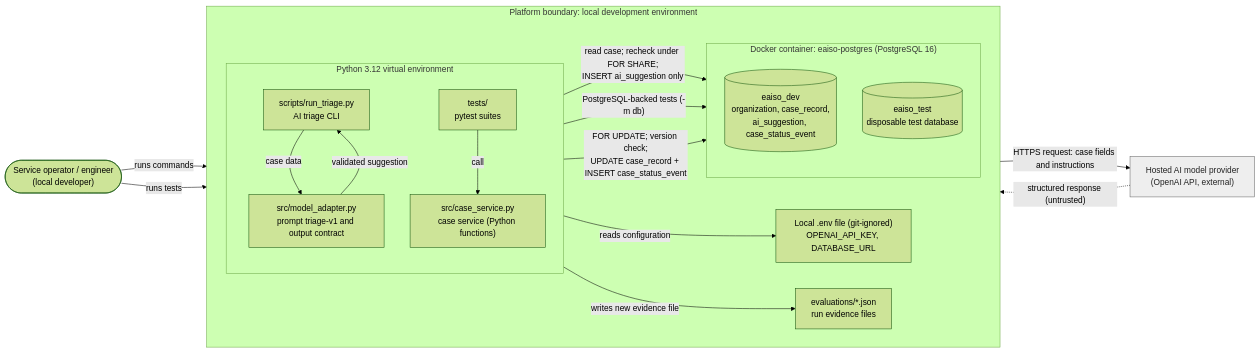
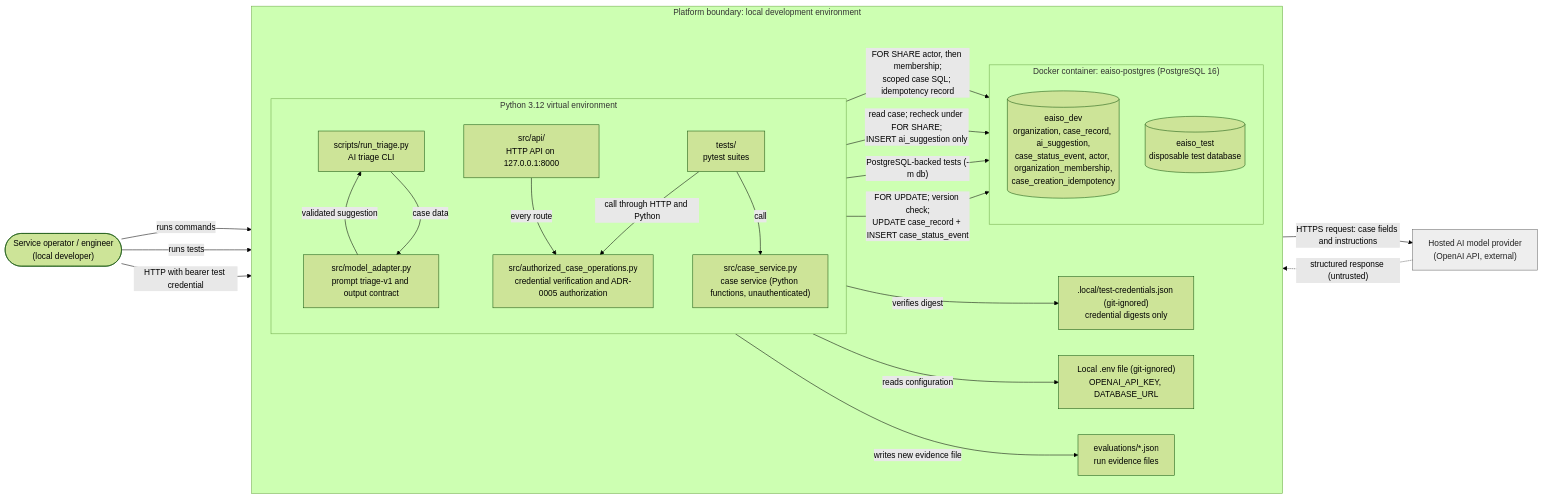
The second of 2 diagrams in docs/system-context.md (asadhanif3188/Enterprise-AI-Service-Operations), drawn with Mermaid (forest theme) before and after one commit. The commit also changed other lines of this file and 12 other files, not shown here.

Commit message:
docs: reconcile implementation status after keyed creation

````diff
--- a/docs/system-context.md
+++ b/docs/system-context.md
@@ -50,43 +52,51 @@
 ```mermaid
 flowchart LR
     operator(["Service operator / engineer<br/>(local developer)"])
 
     subgraph platform["Platform boundary: local development environment"]
         direction LR
 
         subgraph python["Python 3.12 virtual environment"]
             direction TB
             cli["scripts/run_triage.py<br/>AI triage CLI"]
             adapter["src/model_adapter.py<br/>prompt triage-v1 and output contract"]
-            service["src/case_service.py<br/>case service (Python functions)"]
+            api["src/api/<br/>HTTP API on 127.0.0.1:8000"]
+            authz["src/authorized_case_operations.py<br/>credential verification and ADR-0005 authorization"]
+            service["src/case_service.py<br/>case service (Python functions, unauthenticated)"]
             tests["tests/<br/>pytest suites"]
         end
 
         subgraph container["Docker container: eaiso-postgres (PostgreSQL 16)"]
             direction TB
-            devdb[("eaiso_dev<br/>organization, case_record,<br/>ai_suggestion, case_status_event")]
+            devdb[("eaiso_dev<br/>organization, case_record, ai_suggestion,<br/>case_status_event, actor, organization_membership,<br/>case_creation_idempotency")]
             testdb[("eaiso_test<br/>disposable test database")]
         end
 
         envfile["Local .env file (git-ignored)<br/>OPENAI_API_KEY, DATABASE_URL"]
+        credstore[".local/test-credentials.json (git-ignored)<br/>credential digests only"]
         evidence["evaluations/*.json<br/>run evidence files"]
     end
 
     provider["Hosted AI model provider<br/>(OpenAI API, external)"]
 
     operator -->|"runs commands"| cli
     operator -->|"runs tests"| tests
+    operator -->|"HTTP with bearer test credential"| api
+    api -->|"every route"| authz
+    authz -->|"verifies digest"| credstore
+    authz -->|"FOR SHARE actor, then membership;<br/>scoped case SQL; idempotency record"| devdb
     cli -->|"reads configuration"| envfile
     cli -->|"case data"| adapter
     adapter -->|"HTTPS request: case fields and instructions"| provider
     provider -.->|"structured response (untrusted)"| adapter
     adapter -->|"validated suggestion"| cli
     cli -->|"read case; recheck under FOR SHARE;<br/>INSERT ai_suggestion only"| devdb
     cli -->|"writes new evidence file"| evidence
     tests -->|"call"| service
+    tests -->|"call through HTTP and Python"| authz
     tests -->|"PostgreSQL-backed tests (-m db)"| testdb
     service -->|"FOR UPDATE; version check;<br/>UPDATE case_record + INSERT case_status_event"| testdb
 
     classDef external fill:#eeeeee,stroke:#666666,color:#222222
     class provider external
 ```
````
